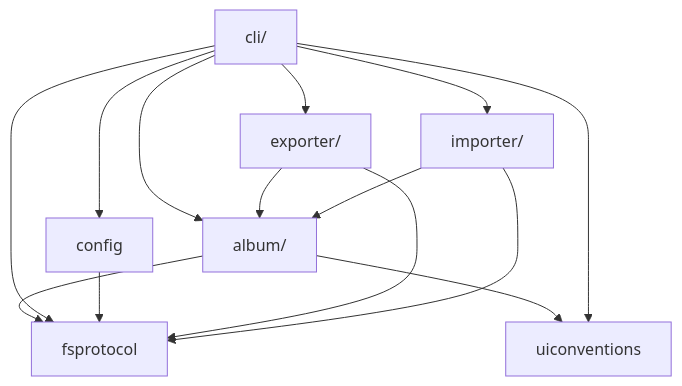
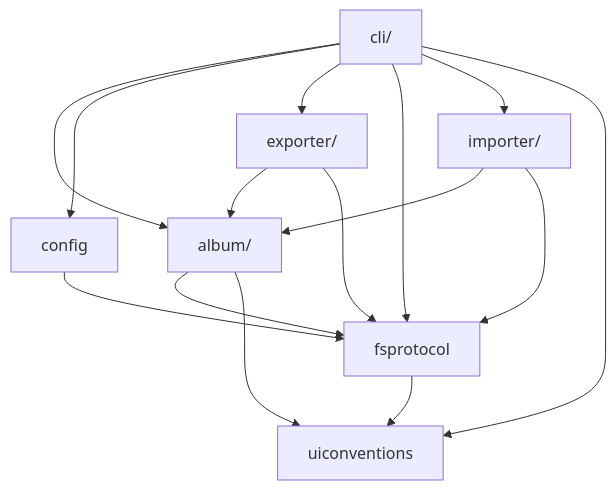
One commit to iglootools/photree changed the diagram in docs/architecture.md. Above: the diagram before and after it, drawn with Mermaid. The commit also changed 9 other files, not shown here.

````diff
--- a/docs/architecture.md
+++ b/docs/architecture.md
@@ -17,24 +17,25 @@
 ```mermaid
 graph TD
     album["album/"]
     cli["cli/"]
     config["config"]
     exporter["exporter/"]
     fsprotocol["fsprotocol"]
     importer["importer/"]
     uiconventions["uiconventions"]
 
     album --> fsprotocol
     album --> uiconventions
     cli --> album
     cli --> config
     cli --> exporter
     cli --> fsprotocol
     cli --> importer
     cli --> uiconventions
     config --> fsprotocol
     exporter --> album
     exporter --> fsprotocol
+    fsprotocol --> uiconventions
     importer --> album
     importer --> fsprotocol
 ```
````
